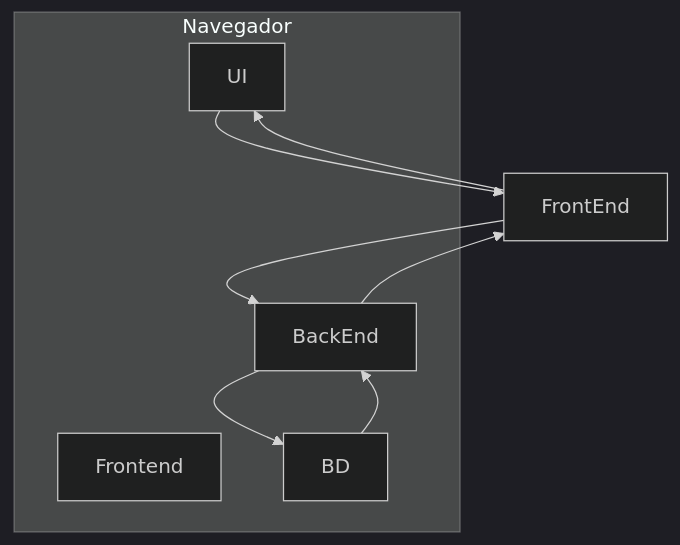
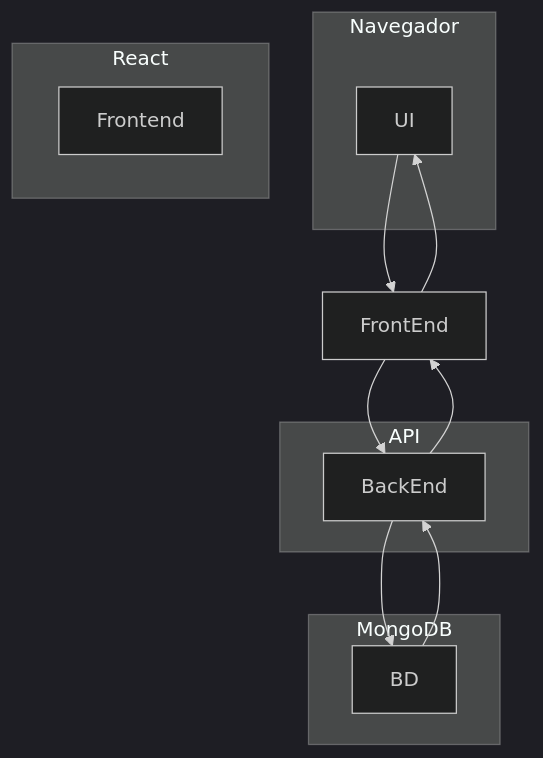
The diagram in README.md (salve1531k/CursoFrontEnd), drawn with Mermaid (dark theme) before and after one commit.

````diff
--- a/README.md
+++ b/README.md
@@ -6,28 +6,28 @@
 ```mermaid
 graph TD
     subgraph Cliente["Navegador"]
         UI
     end
 
-    subgraph Cliente["React"]
+    subgraph Front["React"]
         Frontend
     end
 
-    subgraph Cliente["API"]
+    subgraph Back["API"]
         BackEnd
     end
 
-    subgraph Cliente["MongoDB"]
+    subgraph Banco["MongoDB"]
         BD
     end
     %% fluxo
 
     UI-->FrontEnd
     FrontEnd-->BackEnd
     BackEnd-->BD
     BD-->BackEnd
     BackEnd-->FrontEnd
     FrontEnd-->UI
 
 
 ```
````
